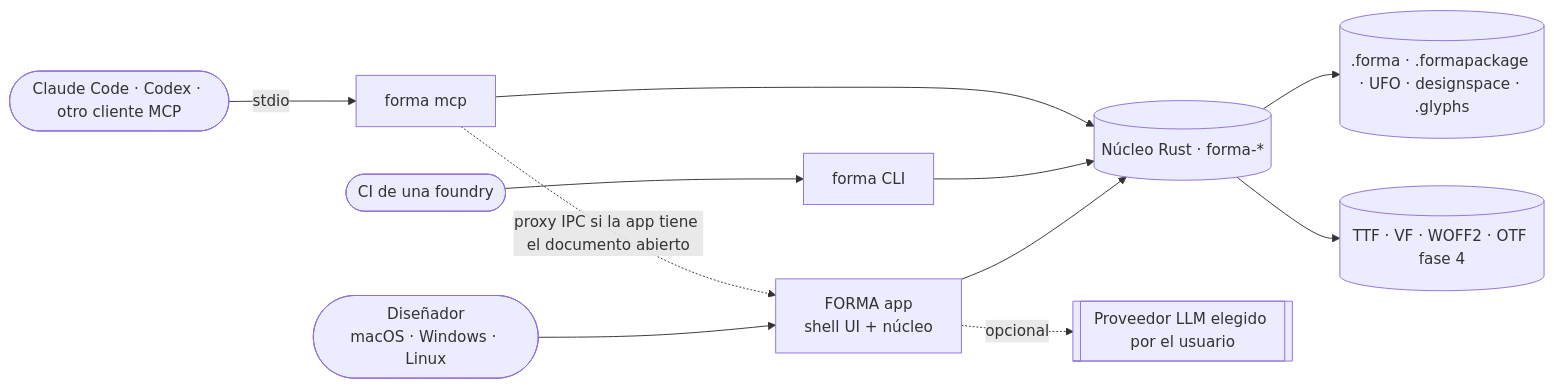
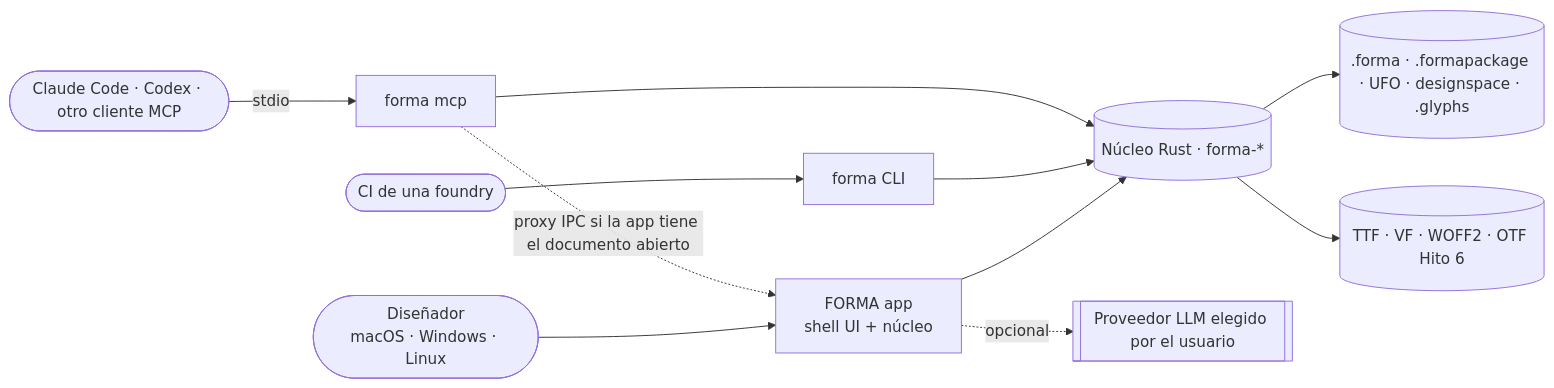
The first of 6 diagrams in docs/03-architecture.md (luisfarfan/forma), drawn with Mermaid before and after one commit. The commit also changed other lines of this file and 8 other files, not shown here.

First line of the commit message:
docs: align tech stack and architecture docs with the engine-first roadmap

````diff
--- a/docs/03-architecture.md
+++ b/docs/03-architecture.md
@@ -19,13 +19,13 @@
 ```mermaid
 flowchart LR
   user([Diseñador<br/>macOS · Windows · Linux]) --> app[FORMA app<br/>shell UI + núcleo]
   ci([CI de una foundry]) --> cli[forma CLI]
   agent([Claude Code · Codex · otro cliente MCP]) -->|stdio| mcp[forma mcp]
   mcp -. proxy IPC si la app tiene el documento abierto .-> app
   app --> core[(Núcleo Rust · forma-*)]
   cli --> core
   mcp --> core
   core --> files[(.forma · .formapackage · UFO · designspace · .glyphs)]
-  core --> bins[(TTF · VF · WOFF2 · OTF fase 4)]
+  core --> bins[(TTF · VF · WOFF2 · OTF Hito 6)]
   app -. opcional .-> llm[[Proveedor LLM elegido por el usuario]]
 ```
````
